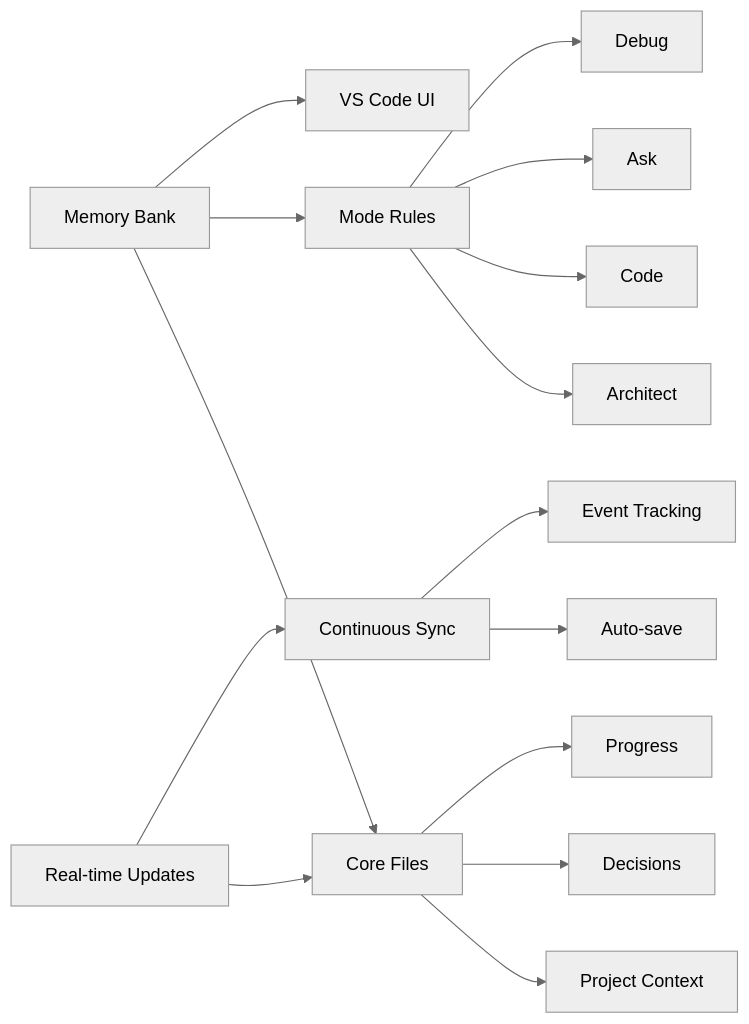
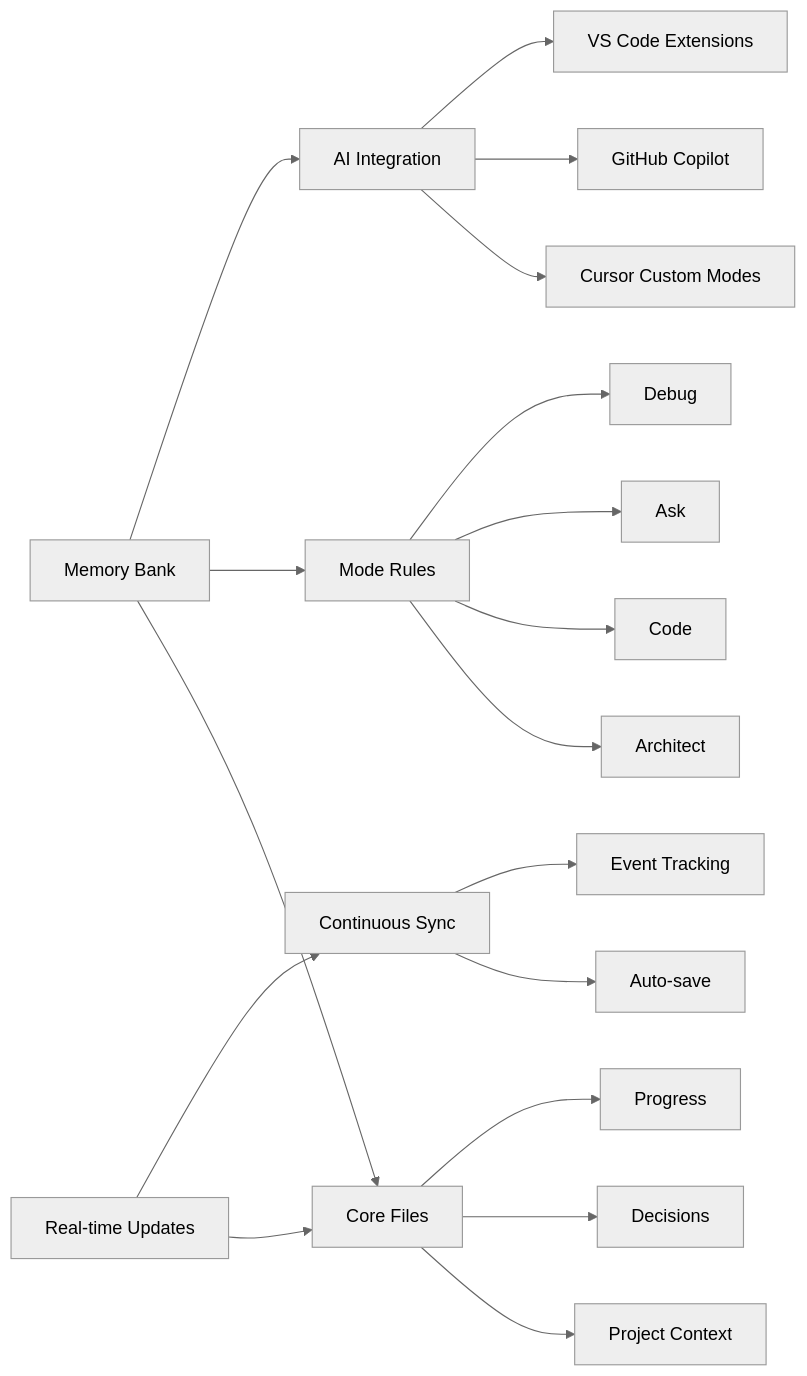
One commit to sethdford/memory-bank changed the first of 6 diagrams in README.md. Above: the diagram before and after it, drawn with Mermaid (neutral theme). The commit also changed other lines of this file and 17 other files, not shown here.

Commit message:
🏄 Add Windsurf IDE integration and reorganize scripts - Complete multi-platform support with Cursor, GitHub Copilot, and Windsurf - Universal setup script with interactive menu - Comprehensive validation scripts - Organized scripts directory structure - Enhanced documentation and user guidance

````diff
--- a/README.md
+++ b/README.md
@@ -26,17 +27,20 @@
 ```mermaid
 graph LR
     A[Memory Bank] --> B[Core Files]
     A --> C[Mode Rules]
-    A --> D[VS Code UI]
+    A --> D[AI Integration]
     B --> E[Project Context]
     B --> F[Decisions]
     B --> G[Progress]
     C --> H[Architect]
     C --> I[Code]
     C --> J[Ask]
     C --> K1[Debug]
+    D --> L[Cursor Custom Modes]
+    D --> M[GitHub Copilot]
+    D --> N[VS Code Extensions]
     K[Real-time Updates] --> B
-    K --> L[Continuous Sync]
-    L --> M[Auto-save]
-    L --> N[Event Tracking]
+    K --> O[Continuous Sync]
+    O --> P[Auto-save]
+    O --> Q[Event Tracking]
 ```
````
